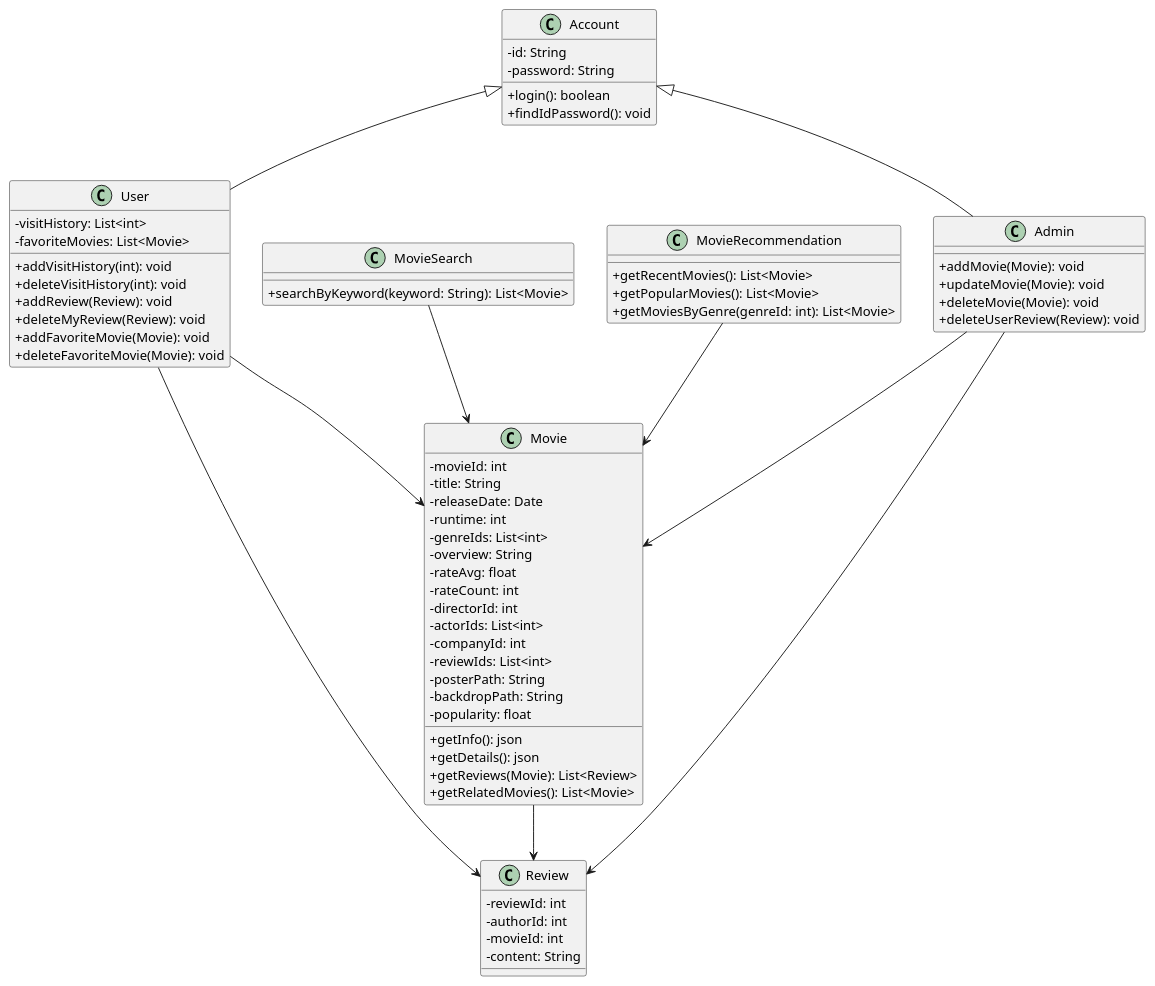
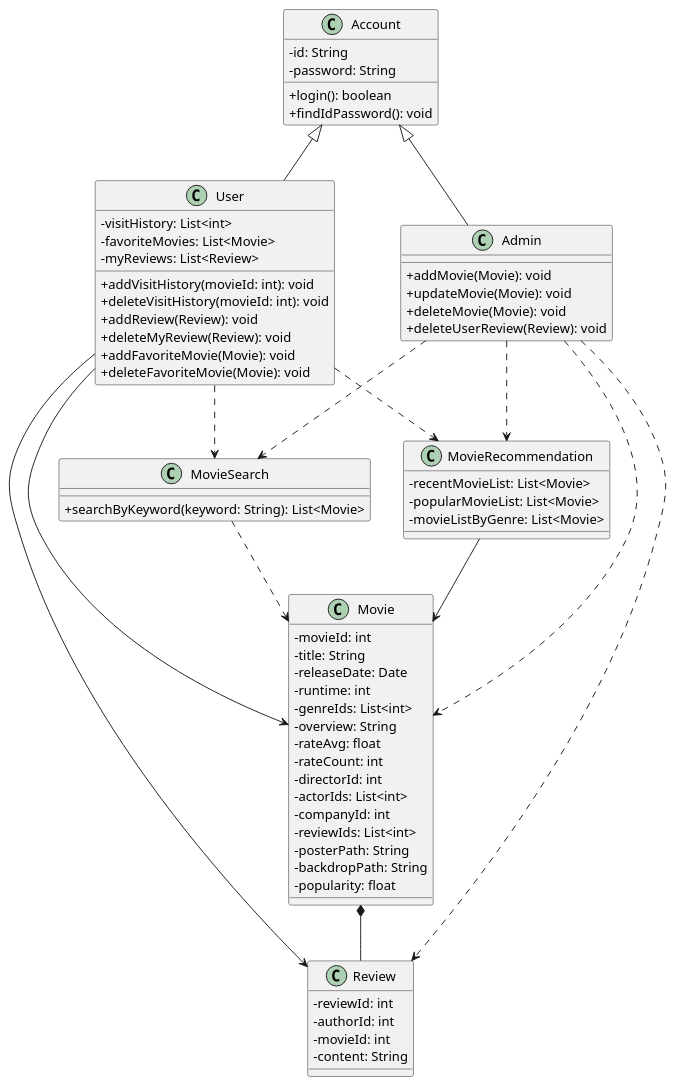
One commit to marmot8080/SWE changed the diagram in src/class.puml. Above: the diagram before and after it, drawn with PlantUML.

Commit message:
Update class diagram

```diff
--- a/src/class.puml
+++ b/src/class.puml
@@ -1,87 +1,87 @@
 @startuml
 
 skinparam classAttributeIconSize 0
 
 class Account {
     - id: String
     - password: String
 
     + login(): boolean
     + findIdPassword(): void
 }
 
 class User {
     - visitHistory: List<int>
     - favoriteMovies: List<Movie>
+    - myReviews: List<Review>
 
-    + addVisitHistory(int): void
-    + deleteVisitHistory(int): void
+    + addVisitHistory(movieId: int): void
+    + deleteVisitHistory(movieId: int): void
     + addReview(Review): void
     + deleteMyReview(Review): void
     + addFavoriteMovie(Movie): void
     + deleteFavoriteMovie(Movie): void
 }
 
 class Admin {
     + addMovie(Movie): void
     + updateMovie(Movie): void
     + deleteMovie(Movie): void
     + deleteUserReview(Review): void
 }
 
 class Review {
     - reviewId: int
     - authorId: int
     - movieId: int
     - content: String
 }
 
 class Movie {
     - movieId: int
     - title: String
     - releaseDate: Date
     - runtime: int
     - genreIds: List<int>
     - overview: String
     - rateAvg: float
     - rateCount: int
     - directorId: int
     - actorIds: List<int>
     - companyId: int
     - reviewIds: List<int>
     - posterPath: String
     - backdropPath: String
     - popularity: float
-
-    + getInfo(): json
-    + getDetails(): json
-    + getReviews(Movie): List<Review>
-    + getRelatedMovies(): List<Movie>
 }
 
 class MovieSearch {
     + searchByKeyword(keyword: String): List<Movie>
 }
 
 class MovieRecommendation {
-    + getRecentMovies(): List<Movie>
-    + getPopularMovies(): List<Movie>
-    + getMoviesByGenre(genreId: int): List<Movie>
+    - recentMovieList: List<Movie>
+    - popularMovieList: List<Movie>
+    - movieListByGenre: List<Movie>
 }
 
 Account ^-- User
 Account ^-- Admin
 
 User --> Movie
 User --> Review
+User ..> MovieRecommendation
+User ..> MovieSearch
 
-Admin --> Movie
-Admin --> Review
+Admin ..> Movie
+Admin ..> Review
+Admin ..> MovieRecommendation
+Admin ..> MovieSearch
 
-Movie --> Review
+Movie *-- Review
 
-MovieSearch --> Movie
+MovieSearch ..> Movie
 
 MovieRecommendation --> Movie
 
 @enduml
```
